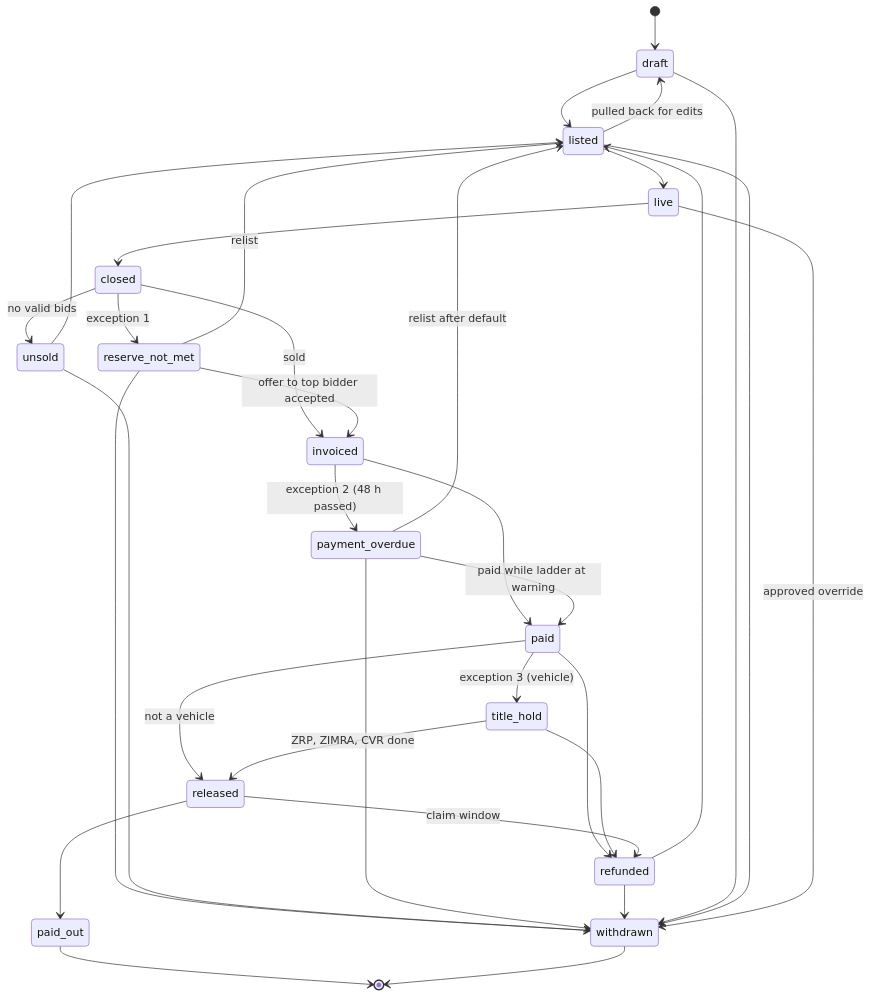
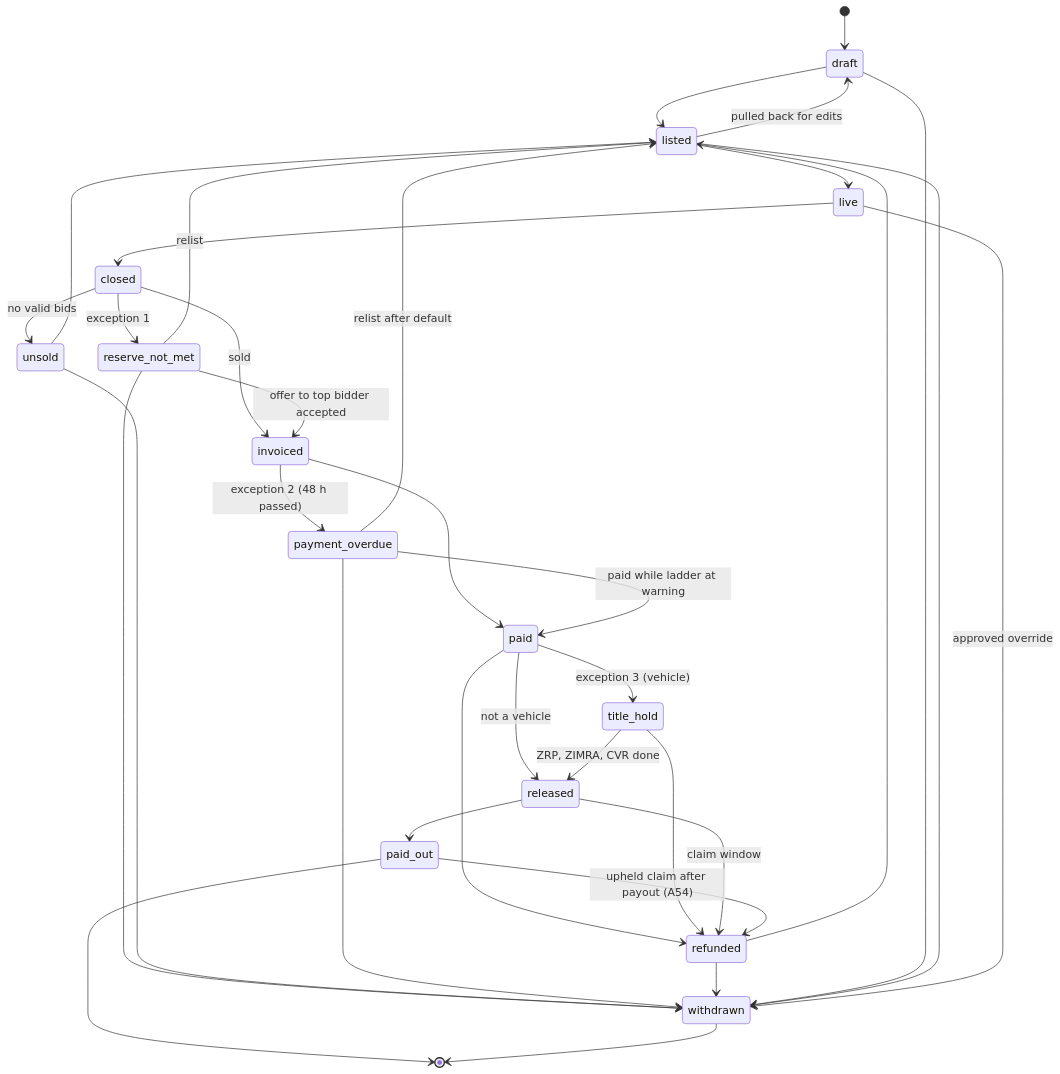
One commit to seanshairah/AUCTION-PLATFORM changed the second of 2 diagrams in docs/02-data-model.md. Above: the diagram before and after it, drawn with Mermaid. The commit also changed other lines of this file and 39 other files, not shown here.

````diff
--- a/docs/02-data-model.md
+++ b/docs/02-data-model.md
@@ -170,41 +170,42 @@
 ```mermaid
 stateDiagram-v2
   [*] --> draft
   draft --> listed
   listed --> draft : pulled back for edits
   listed --> live
   live --> closed
   closed --> invoiced : sold
   invoiced --> paid
   paid --> released : not a vehicle
   released --> paid_out
   paid_out --> [*]
 
   closed --> reserve_not_met : exception 1
   reserve_not_met --> invoiced : offer to top bidder accepted
   reserve_not_met --> listed : relist
   reserve_not_met --> withdrawn
 
   closed --> unsold : no valid bids
   unsold --> listed
   unsold --> withdrawn
 
   invoiced --> payment_overdue : exception 2 (48 h passed)
   payment_overdue --> paid : paid while ladder at warning
   payment_overdue --> listed : relist after default
   payment_overdue --> withdrawn
 
   paid --> title_hold : exception 3 (vehicle)
   title_hold --> released : ZRP, ZIMRA, CVR done
 
   paid --> refunded
   title_hold --> refunded
   released --> refunded : claim window
+  paid_out --> refunded : upheld claim after payout (A54)
   refunded --> listed
   refunded --> withdrawn
 
   draft --> withdrawn
   listed --> withdrawn
   live --> withdrawn : approved override
   withdrawn --> [*]
 ```
````
